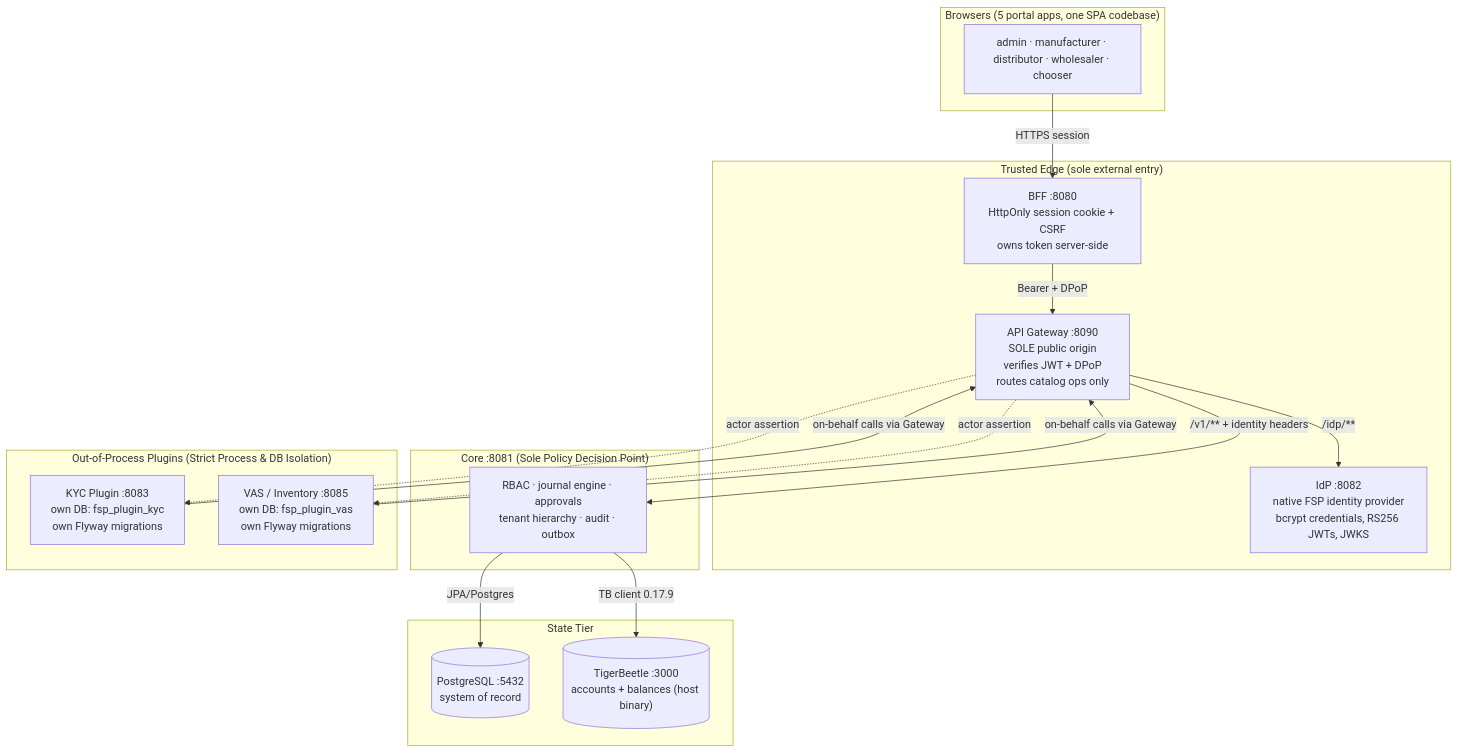
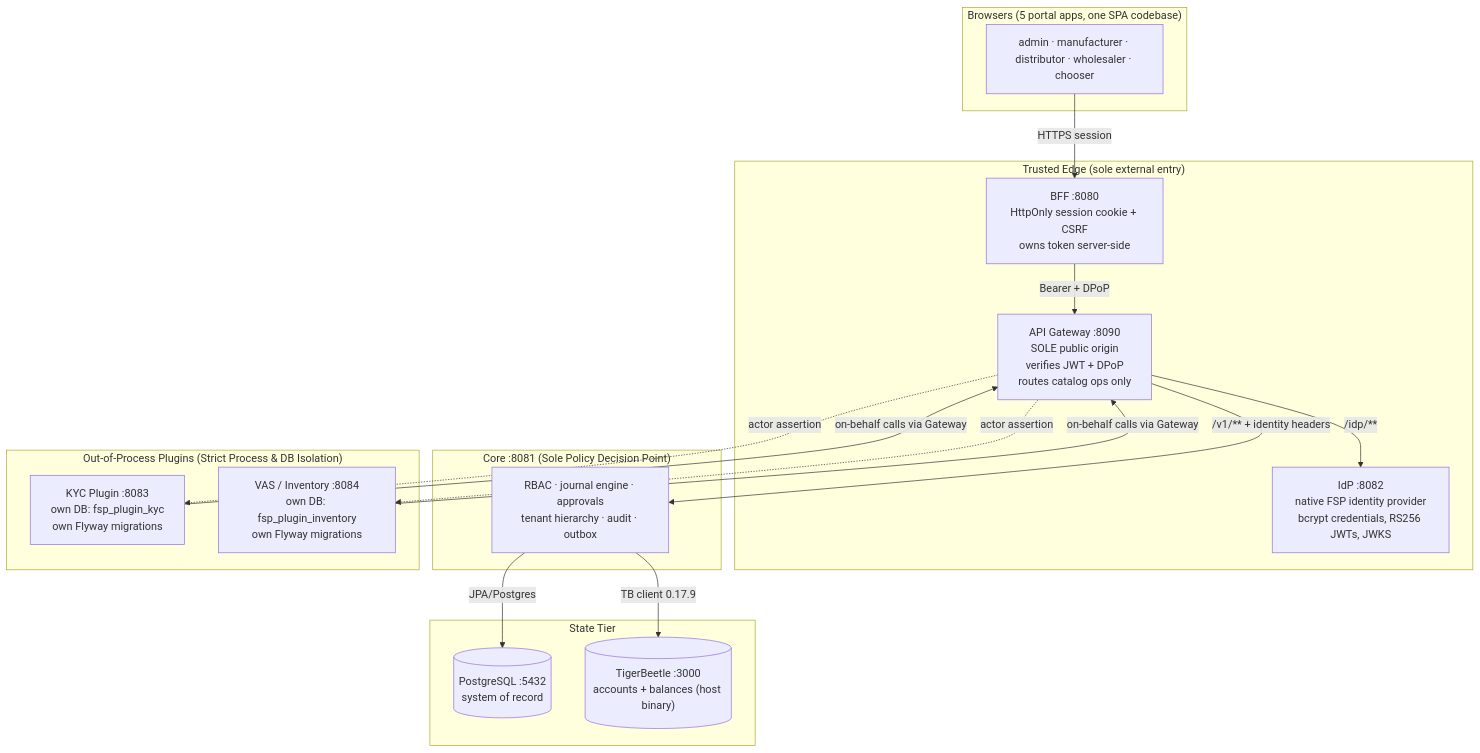
One commit to FathimaBadar/FinancialServicesPlatform changed the diagram in docs/architecture.md. Above: the diagram before and after it, drawn with Mermaid. The commit also changed other lines of this file and 54 other files, not shown here.

First line of the commit message:
feat: add comprehensive architecture plan for bank connectors, bill payments, PSP & EMI services

````diff
--- a/docs/architecture.md
+++ b/docs/architecture.md
@@ -16,34 +16,34 @@
 ```mermaid
 flowchart TB
     subgraph Browsers["Browsers (5 portal apps, one SPA codebase)"]
         UX["admin · manufacturer · distributor · wholesaler · chooser"]
     end
 
     subgraph Edge["Trusted Edge (sole external entry)"]
         BFF["BFF :8080<br/>HttpOnly session cookie + CSRF<br/>owns token server-side"]
         GW["API Gateway :8090<br/>SOLE public origin<br/>verifies JWT + DPoP<br/>routes catalog ops only"]
         IDP["IdP :8082<br/>native FSP identity provider<br/>bcrypt credentials, RS256 JWTs, JWKS"]
     end
 
     subgraph Core["Core :8081 (Sole Policy Decision Point)"]
         CORE["RBAC · journal engine · approvals<br/>tenant hierarchy · audit · outbox"]
     end
 
     subgraph State["State Tier"]
         PG[("PostgreSQL :5432<br/>system of record")]
         TB[("TigerBeetle :3000<br/>accounts + balances (host binary)")]
     end
 
     subgraph Plugins["Out-of-Process Plugins (Strict Process & DB Isolation)"]
         KYC["KYC Plugin :8083<br/>own DB: fsp_plugin_kyc<br/>own Flyway migrations"]
-        VAS["VAS / Inventory :8085<br/>own DB: fsp_plugin_vas<br/>own Flyway migrations"]
+        VAS["VAS / Inventory :8084<br/>own DB: fsp_plugin_inventory<br/>own Flyway migrations"]
     end
 
     UX -->|HTTPS session| BFF -->|Bearer + DPoP| GW
     GW -->|"/idp/**"| IDP
     GW -->|"/v1/** + identity headers"| CORE
     GW -.->|actor assertion| KYC & VAS
     KYC & VAS -->|on-behalf calls via Gateway| GW
     CORE -->|JPA/Postgres| PG
     CORE -->|TB client 0.17.9| TB
 ```
````
